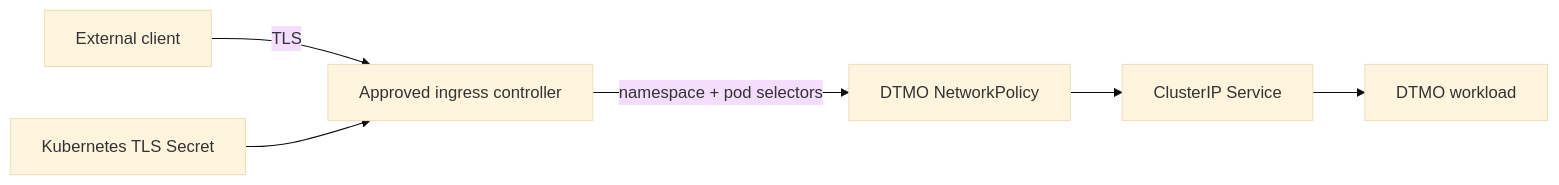
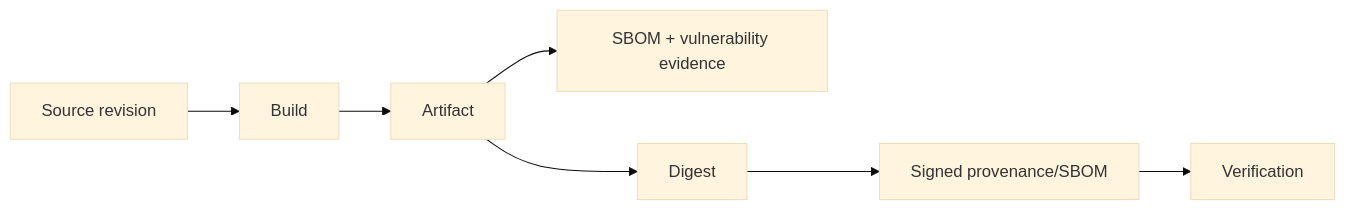
One commit to GJvManen/dtmo changed the diagram in docs/project/EXECUTIVE_DECISION_VIEW.md. Above: the diagram before and after it, drawn with Mermaid (base theme). The commit also changed other lines of this file, not shown here.

````diff
--- a/docs/project/EXECUTIVE_DECISION_VIEW.md
+++ b/docs/project/EXECUTIVE_DECISION_VIEW.md
@@ -49,8 +26,9 @@
 ```mermaid
 flowchart LR
-    C[External client] -->|TLS| I[Approved ingress controller]
-    T[Kubernetes TLS Secret] --> I
-    I -->|namespace + pod selectors| N[DTMO NetworkPolicy]
-    N --> S[ClusterIP Service]
-    S --> P[DTMO workload]
+    S[Source revision] --> B[Build]
+    B --> A[Artifact]
+    A --> E[SBOM + vulnerability evidence]
+    A --> D[Digest]
+    D --> P[Signed provenance/SBOM]
+    P --> V[Verification]
 ```
````
